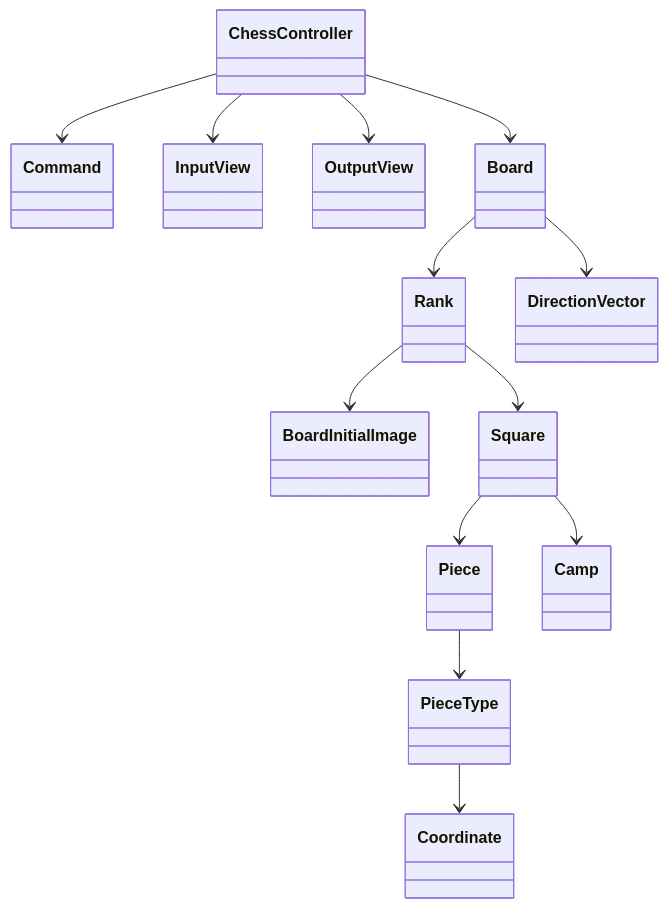
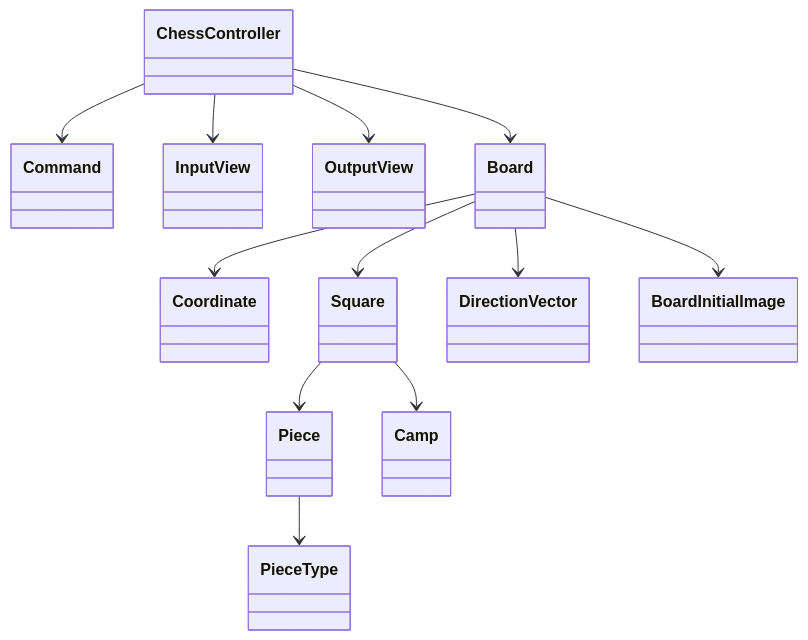
Before and after one commit to woowacourse/java-chess: the diagram in README.md, drawn with Mermaid. The commit also changed other lines of this file, not shown here.

Commit message:
refactor: 게임에 대한 기능 목록 추가

````diff
--- a/README.md
+++ b/README.md
@@ -58,15 +59,14 @@
 ```mermaid
 classDiagram
-    ChessController --> Command
-    ChessController --> InputView
-    ChessController --> OutputView
-    ChessController --> Board
-    Board --> Rank
-    Board --> DirectionVector
-    Rank --> BoardInitialImage
-    Rank --> Square
-    Square --> Piece
-    Square --> Camp
-    Piece --> PieceType
-    PieceType --> Coordinate
+  ChessController --> Command
+  ChessController --> InputView
+  ChessController --> OutputView
+  ChessController --> Board
+  Board --> Coordinate
+  Board --> Square
+  Board --> DirectionVector
+  Board --> BoardInitialImage
+  Square --> Piece
+  Square --> Camp
+  Piece --> PieceType
 ```
````
